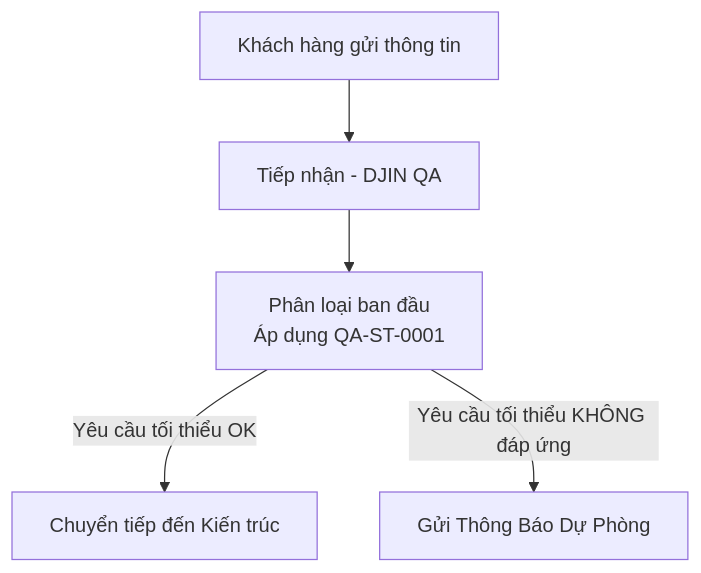
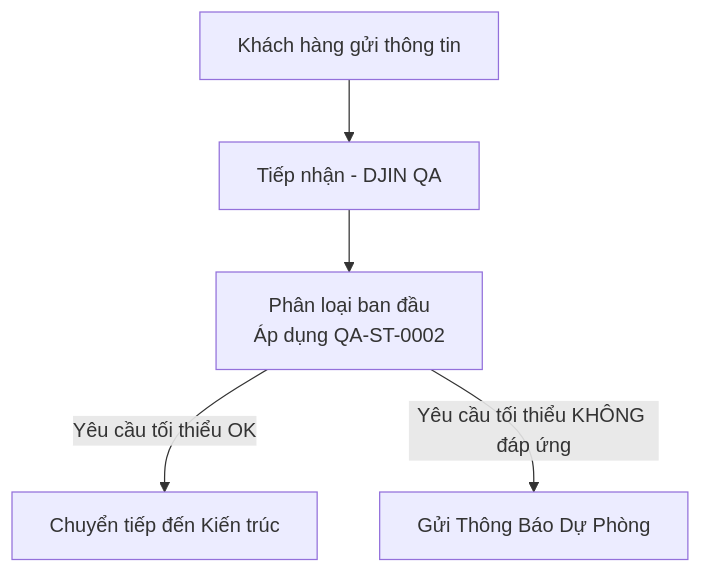
Before and after one commit to dtechmaster/djin-work: the second of 2 diagrams in processes/vi/QA/QA-P-0001.md, drawn with Mermaid. The commit also changed other lines of this file and 5 other files, not shown here.

````diff
--- a/processes/vi/QA/QA-P-0001.md
+++ b/processes/vi/QA/QA-P-0001.md
@@ -41,12 +41,12 @@
 ```mermaid
 flowchart TD
 
     A["Khách hàng gửi thông tin"] --> B["Tiếp nhận - DJIN QA"]
 
     B --> C["Phân loại ban đầu
-Áp dụng QA-ST-0001"]
+Áp dụng QA-ST-0002"]
 
     C -->|Yêu cầu tối thiểu OK| D["Chuyển tiếp đến Kiến trúc"]
     C -->|Yêu cầu tối thiểu KHÔNG đáp ứng| E["Gửi Thông Báo Dự Phòng"]
     
 ```
````
